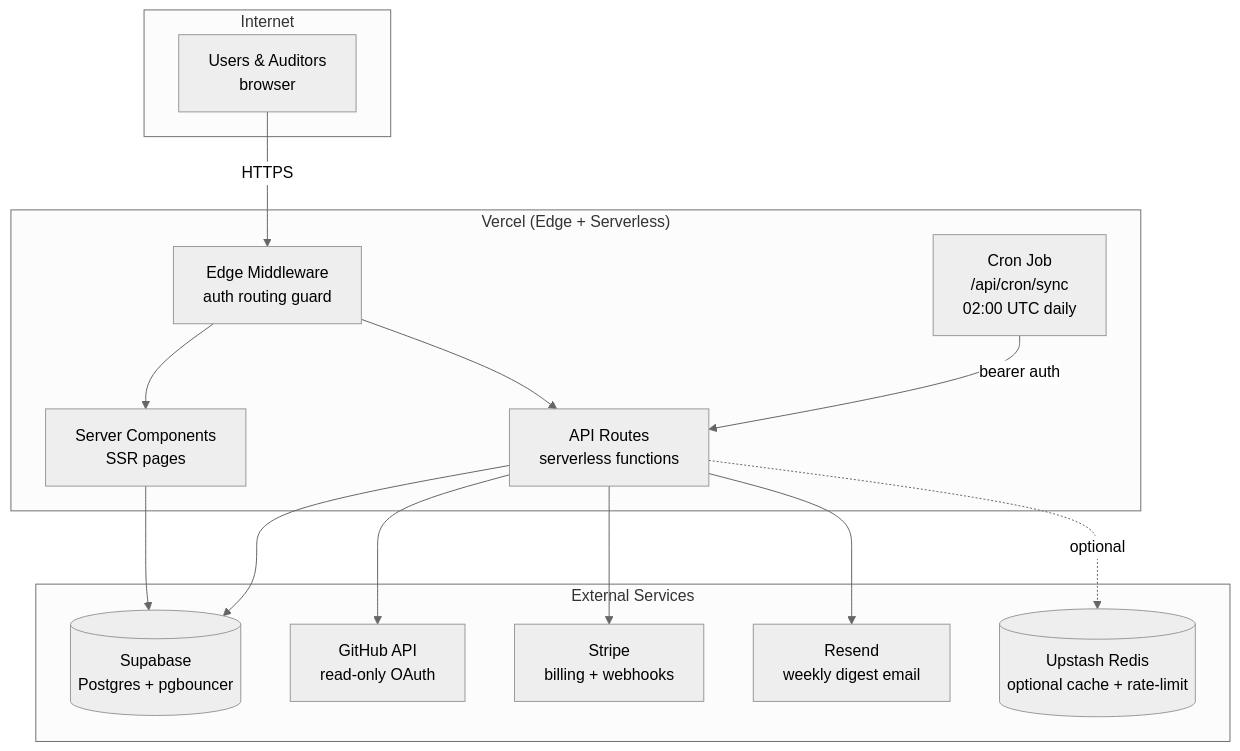
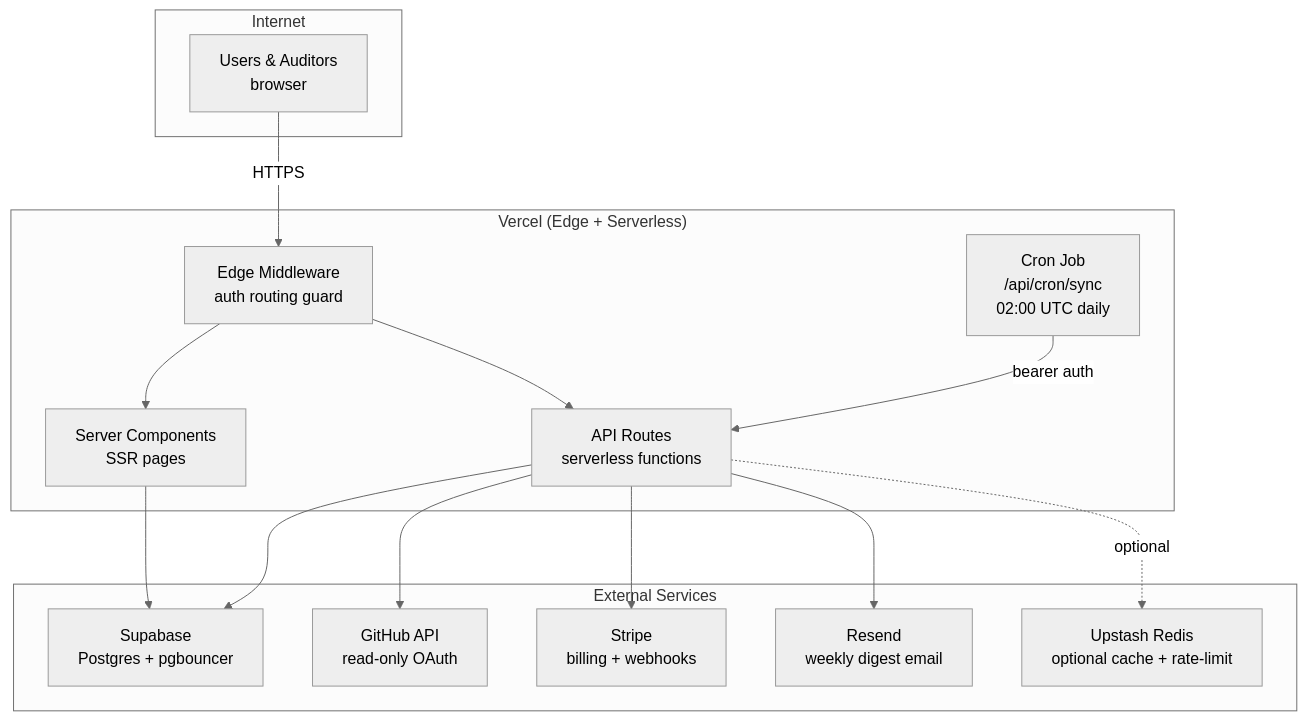
Before and after one commit to JohnJohnW/audittrail-dev: diagram 13 of 13 in README.md, drawn with Mermaid (neutral theme). The commit also changed other lines of this file, not shown here.

First line of the commit message:
Fix remaining Mermaid diagram syntax issues in README

````diff
--- a/README.md
+++ b/README.md
@@ -679,32 +681,32 @@
 ```mermaid
 graph TB
     subgraph Internet ["Internet"]
         USR["Users & Auditors\nbrowser"]
     end
 
     subgraph Vercel ["Vercel (Edge + Serverless)"]
         EDG["Edge Middleware\nauth routing guard"]
         SC["Server Components\nSSR pages"]
         API["API Routes\nserverless functions"]
         CRN["Cron Job\n/api/cron/sync\n02:00 UTC daily"]
     end
 
     subgraph Services ["External Services"]
         GH["GitHub API\nread-only OAuth"]
-        SB[("Supabase\nPostgres + pgbouncer")]
+        SB["Supabase\nPostgres + pgbouncer"]
         STR["Stripe\nbilling + webhooks"]
         RSD["Resend\nweekly digest email"]
-        RDS[("Upstash Redis\noptional cache + rate-limit")]
+        RDS["Upstash Redis\noptional cache + rate-limit"]
     end
 
     USR -->|HTTPS| EDG
     EDG --> SC
     EDG --> API
     CRN -->|bearer auth| API
     SC --> SB
     API --> SB
     API --> GH
     API --> STR
     API --> RSD
     API -.->|optional| RDS
 ```
````
